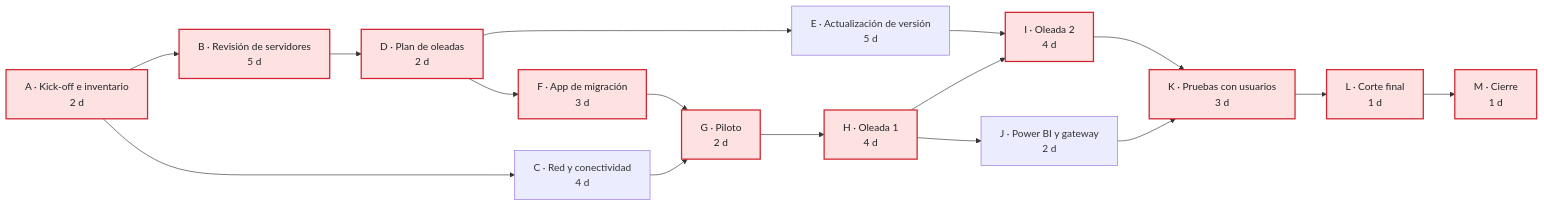
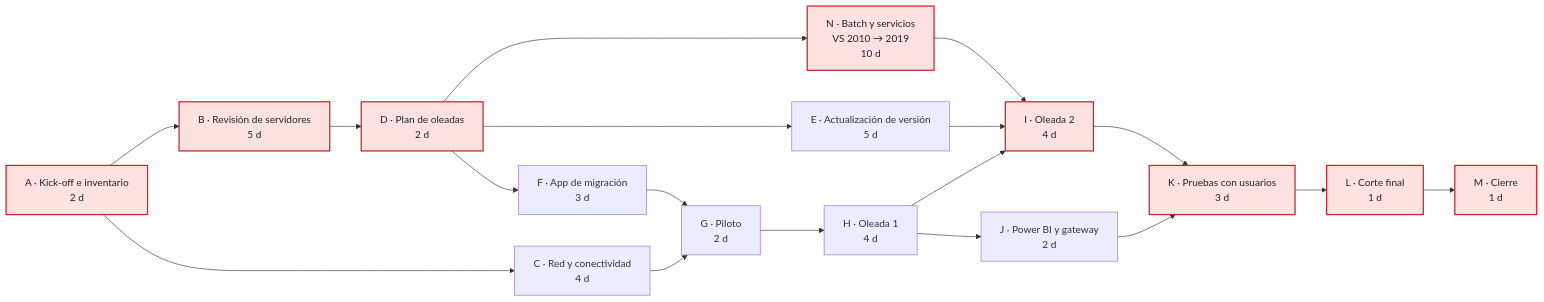
Before and after one commit to enzotarazona/pm-migracion-servidores-nube: the fourth of 4 diagrams in README.md, drawn with Mermaid. The commit also changed other lines of this file, not shown here.

````diff
--- a/README.md
+++ b/README.md
@@ -205,20 +215,22 @@
 ```mermaid
 flowchart LR
     A["A · Kick-off e inventario<br/>2 d"] --> B["B · Revisión de servidores<br/>5 d"]
     A --> C["C · Red y conectividad<br/>4 d"]
     B --> D["D · Plan de oleadas<br/>2 d"]
+    D --> N["N · Batch y servicios<br/>VS 2010 → 2019<br/>10 d"]
     D --> E["E · Actualización de versión<br/>5 d"]
     D --> F["F · App de migración<br/>3 d"]
     F --> G["G · Piloto<br/>2 d"]
     C --> G
     G --> H["H · Oleada 1<br/>4 d"]
     H --> I["I · Oleada 2<br/>4 d"]
     E --> I
+    N --> I
     H --> J["J · Power BI y gateway<br/>2 d"]
     I --> K["K · Pruebas con usuarios<br/>3 d"]
     J --> K
     K --> L["L · Corte final<br/>1 d"]
     L --> M["M · Cierre<br/>1 d"]
     classDef crit fill:#fde2e1,stroke:#d1242f,stroke-width:2px,color:#1f2328
-    class A,B,D,F,G,H,I,K,L,M crit
+    class A,B,D,N,I,K,L,M crit
 ```
````
